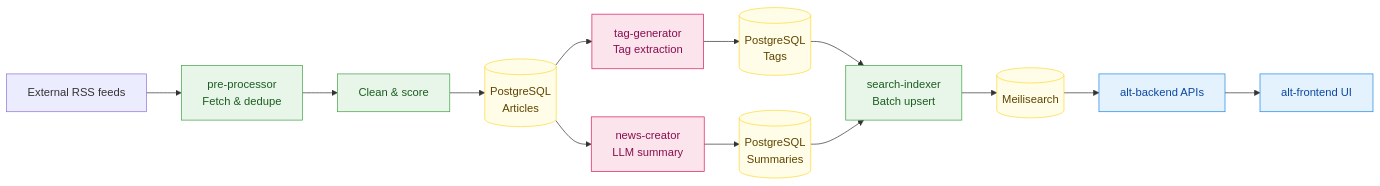
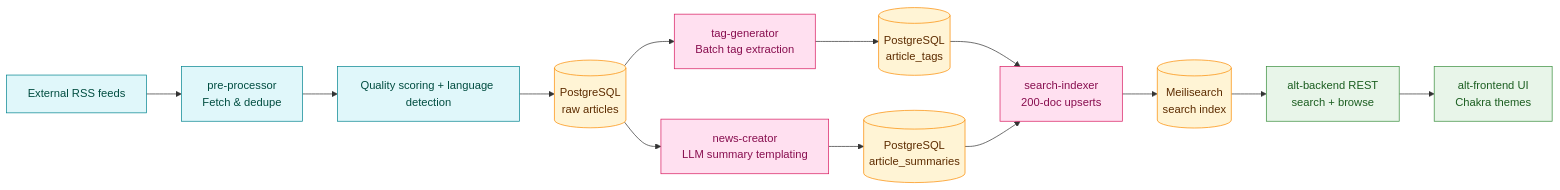
Before and after one commit to Kaikei-e/Alt: the second of 3 diagrams in README.md, drawn with Mermaid. The commit also changed other lines of this file, not shown here.

````diff
--- a/README.md
+++ b/README.md
@@ -102,23 +100,20 @@
 ```mermaid
 flowchart LR
-    RSS[External RSS feeds] --> FETCH[pre-processor<br/>Fetch & dedupe]
-    FETCH --> CLEAN[Clean & score]
-    CLEAN --> STORE_RAW[(PostgreSQL<br/>Articles)]
-    STORE_RAW --> TAGML[tag-generator<br/>Tag extraction]
-    STORE_RAW --> SUMLLM[news-creator<br/>LLM summary]
-    TAGML --> STORE_TAGS[(PostgreSQL<br/>Tags)]
-    SUMLLM --> STORE_SUM[(PostgreSQL<br/>Summaries)]
-    STORE_TAGS --> INDEXER[search-indexer<br/>Batch upsert]
-    STORE_SUM --> INDEXER
-    INDEXER --> MEILI[(Meilisearch)]
-    MEILI --> BACKEND_API[alt-backend APIs]
-    BACKEND_API --> FRONTEND[alt-frontend UI]
-    classDef process fill:#e8f5e9,stroke:#43a047,color:#1b5e20
-    classDef storage fill:#fffde7,stroke:#fdd835,color:#5f4400
-    classDef ai fill:#fce4ec,stroke:#d81b60,color:#880e4f
-    classDef surface fill:#e3f2fd,stroke:#1e88e5,color:#0d47a1
-    class FETCH,CLEAN,INDEXER process
-    class TAGML,SUMLLM ai
-    class STORE_RAW,STORE_TAGS,STORE_SUM,MEILI storage
-    class BACKEND_API,FRONTEND surface
+    classDef ingest fill:#e0f7fa,stroke:#00838f,color:#004d40
+    classDef ai fill:#ffe0f0,stroke:#d81b60,color:#880e4f
+    classDef storage fill:#fff4d5,stroke:#fb8c00,color:#5d2c00
+    classDef surface fill:#e8f5e9,stroke:#388e3c,color:#1b5e20
+
+    RSS[External RSS feeds]:::ingest --> Fetch[pre-processor<br/>Fetch & dedupe]:::ingest
+    Fetch --> Score[Quality scoring + language detection]:::ingest
+    Score --> RawDB[(PostgreSQL<br/>raw articles)]:::storage
+    RawDB --> TagJob[tag-generator<br/>Batch tag extraction]:::ai
+    RawDB --> SummaryJob[news-creator<br/>LLM summary templating]:::ai
+    TagJob --> TagDB[(PostgreSQL<br/>article_tags)]:::storage
+    SummaryJob --> SummaryDB[(PostgreSQL<br/>article_summaries)]:::storage
+    TagDB --> IndexBatch[search-indexer<br/>200-doc upserts]:::ai
+    SummaryDB --> IndexBatch
+    IndexBatch --> Meili[(Meilisearch<br/>search index)]:::storage
+    Meili --> API[alt-backend REST<br/>search + browse]:::surface
+    API --> Frontend[alt-frontend UI<br/>Chakra themes]:::surface
 ```
````
